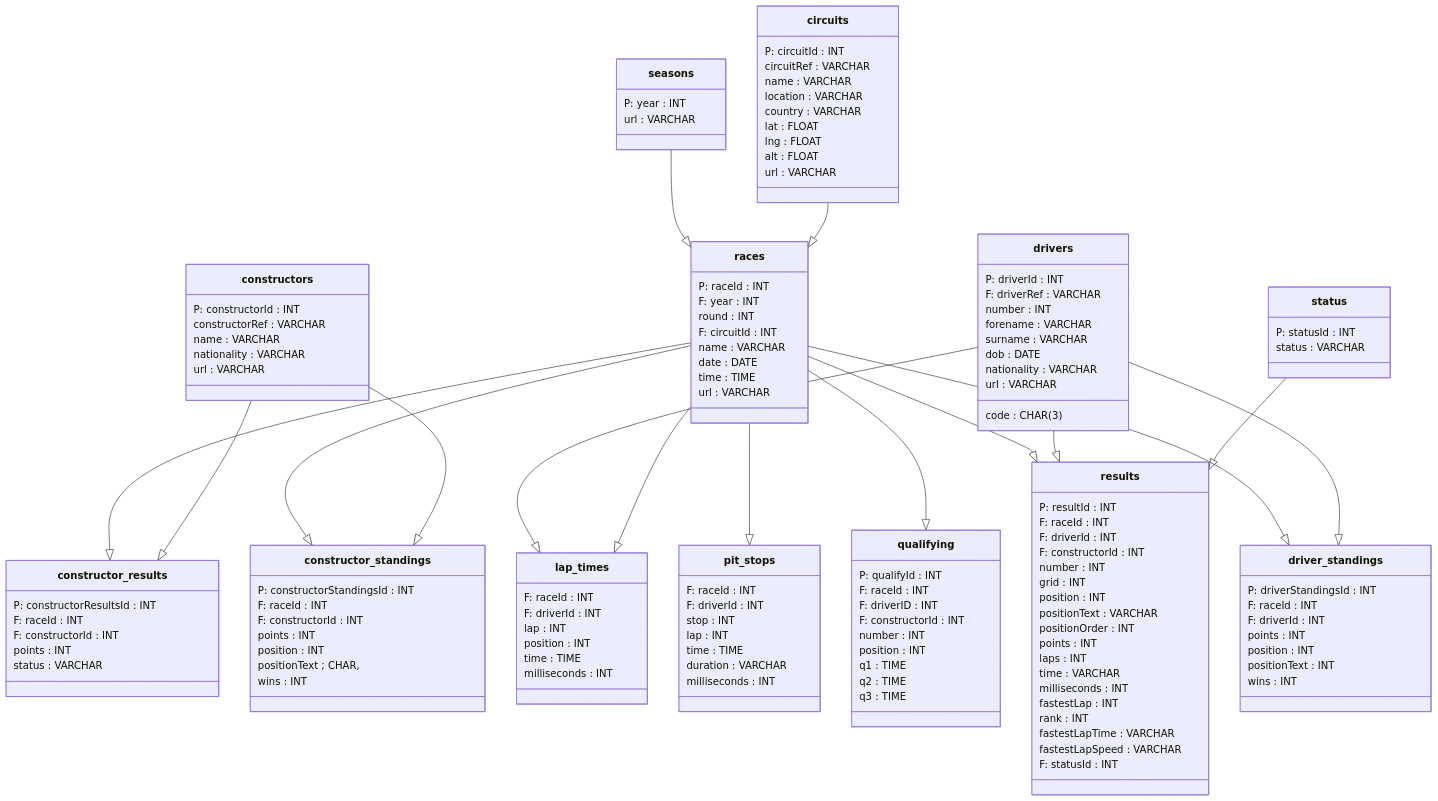
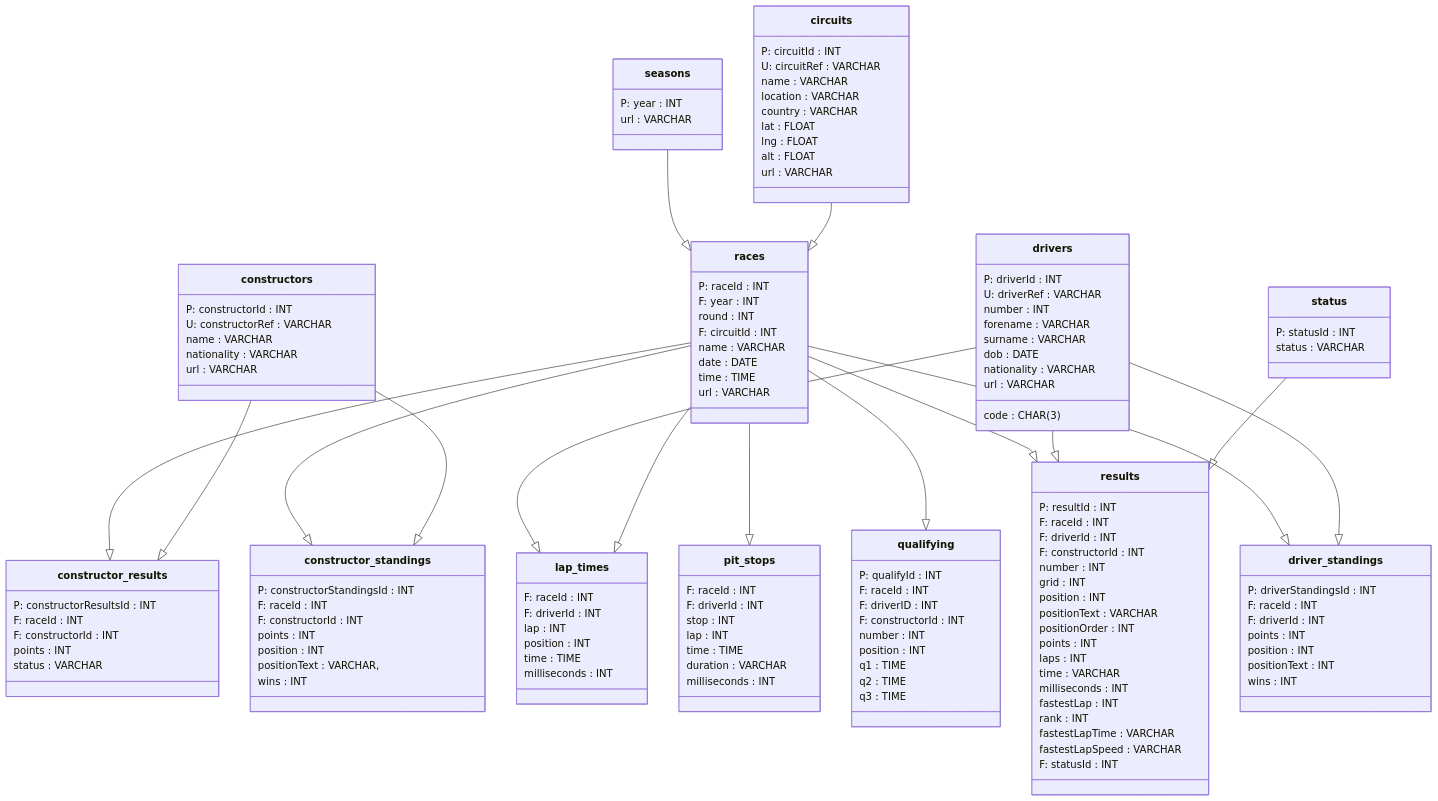
Before and after one commit to hikerdrew/f1-track-models: the diagram in ERdiagram.md, drawn with Mermaid. The commit also changed 5 other files, not shown here.

First line of the commit message:
Updates to CREATE TABLE (into one ddl file) and added UNIQUE attributes w/ updated ER diagram- also started Python program (#9)

```diff
--- a/ERdiagram.md
+++ b/ERdiagram.md
@@ -4,7 +4,7 @@
 class circuits{
 
 	P: circuitId : INT
-	circuitRef : VARCHAR
+	U: circuitRef : VARCHAR
 	name : VARCHAR
 	location : VARCHAR
 	country : VARCHAR
@@ -30,14 +30,14 @@
 	F: constructorId : INT
 	points : INT
 	position : INT
-    positionText ; CHAR,
+    positionText : VARCHAR,
 	wins : INT
 }
 
 class constructors {
 
 	P: constructorId : INT
-	constructorRef : VARCHAR
+	U: constructorRef : VARCHAR
 	name : VARCHAR
 	nationality : VARCHAR
 	url : VARCHAR
@@ -57,7 +57,7 @@
 class drivers {
 
 	P: driverId : INT
-	F: driverRef : VARCHAR
+	U: driverRef : VARCHAR
 	number : INT
 	code : CHAR(3)
 	forename : VARCHAR
```
